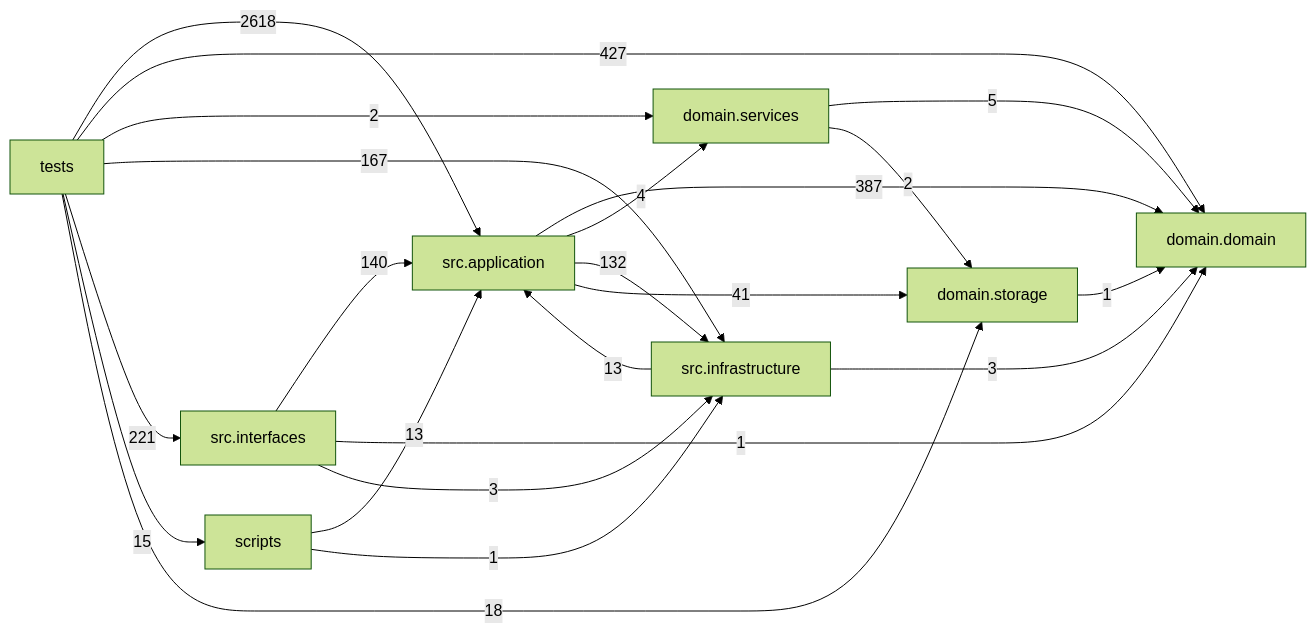
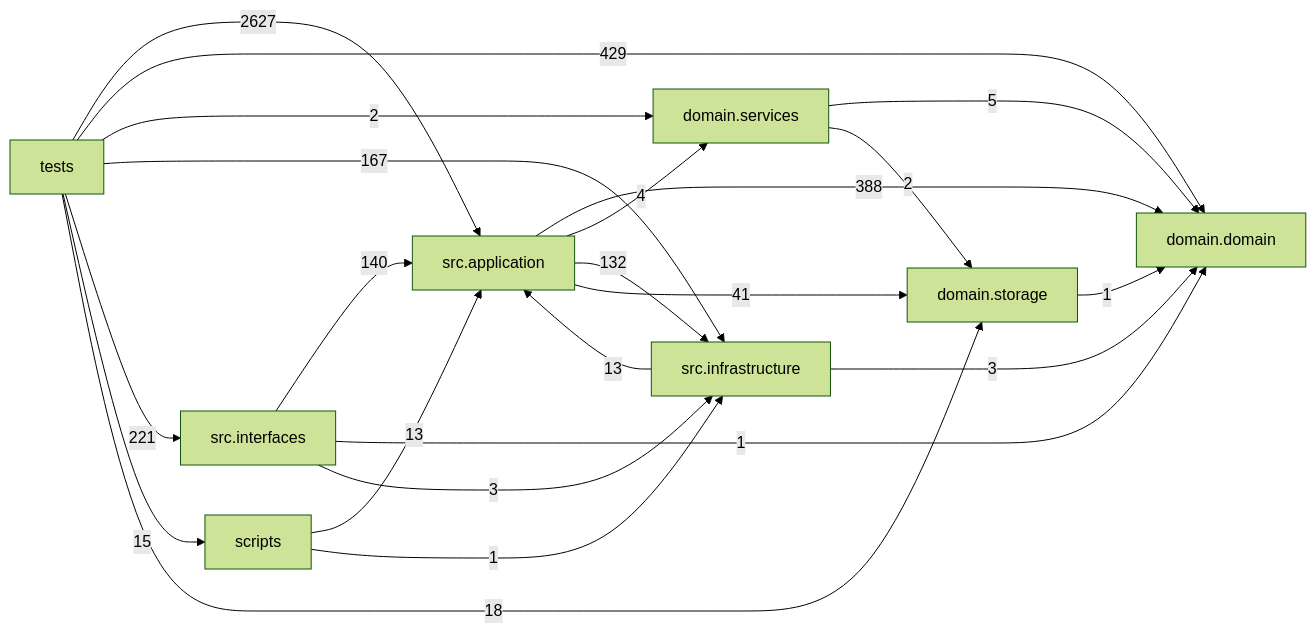
The diagram in docs/DEPENDENCY_GRAPH.md (liuxie066/options-monitor), drawn with Mermaid (forest theme) before and after one commit. The commit also changed other lines of this file and 10 other files, not shown here.

````diff
--- a/docs/DEPENDENCY_GRAPH.md
+++ b/docs/DEPENDENCY_GRAPH.md
@@ -24,32 +24,32 @@
 ```mermaid
 flowchart LR
   tests["tests"]
   scripts["scripts"]
   interfaces["src.interfaces"]
   application["src.application"]
   infrastructure["src.infrastructure"]
   domain_services["domain.services"]
   domain["domain.domain"]
   storage["domain.storage"]
-  application -->|387| domain
+  application -->|388| domain
   application -->|4| domain_services
   application -->|132| infrastructure
   application -->|41| storage
   domain_services -->|5| domain
   domain_services -->|2| storage
   infrastructure -->|13| application
   infrastructure -->|3| domain
   interfaces -->|140| application
   interfaces -->|1| domain
   interfaces -->|3| infrastructure
   scripts -->|13| application
   scripts -->|1| infrastructure
   storage -->|1| domain
-  tests -->|2618| application
-  tests -->|427| domain
+  tests -->|2627| application
+  tests -->|429| domain
   tests -->|2| domain_services
   tests -->|167| infrastructure
   tests -->|221| interfaces
   tests -->|15| scripts
   tests -->|18| storage
 ```
````
